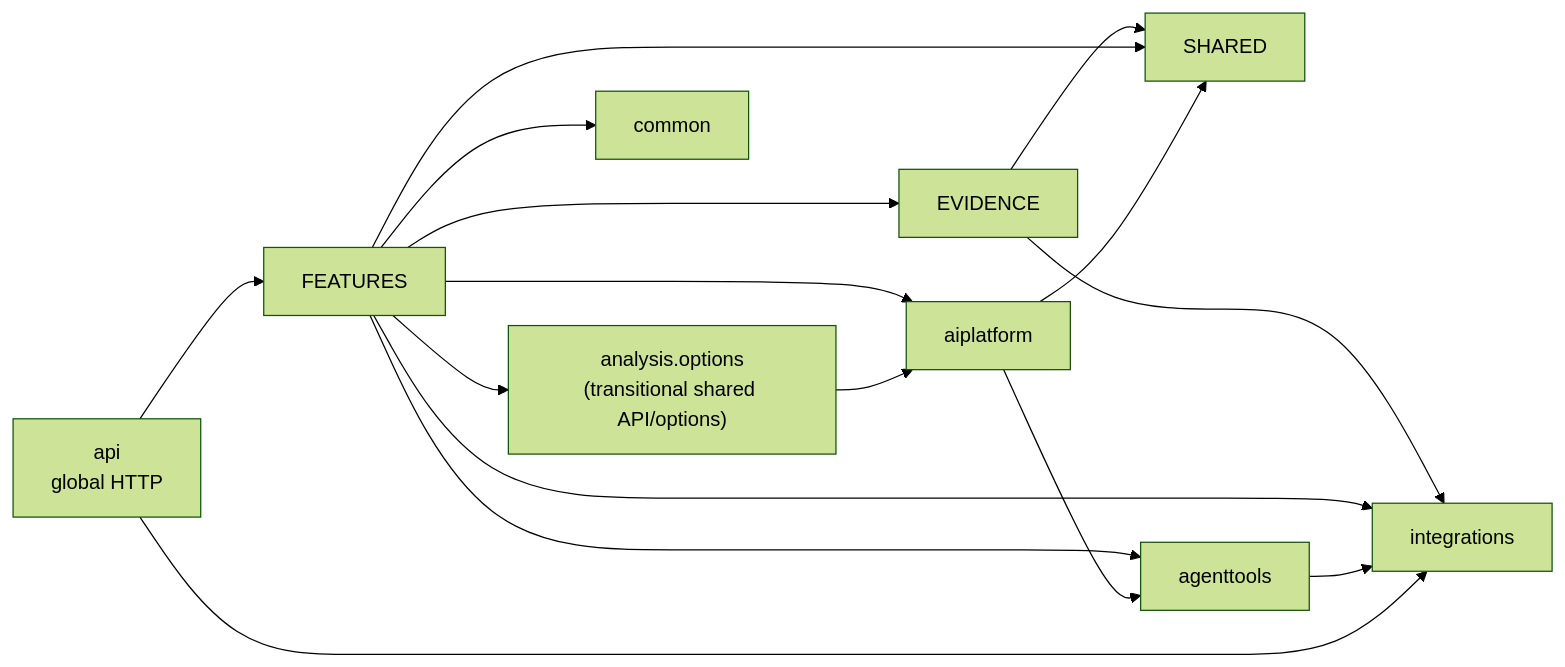
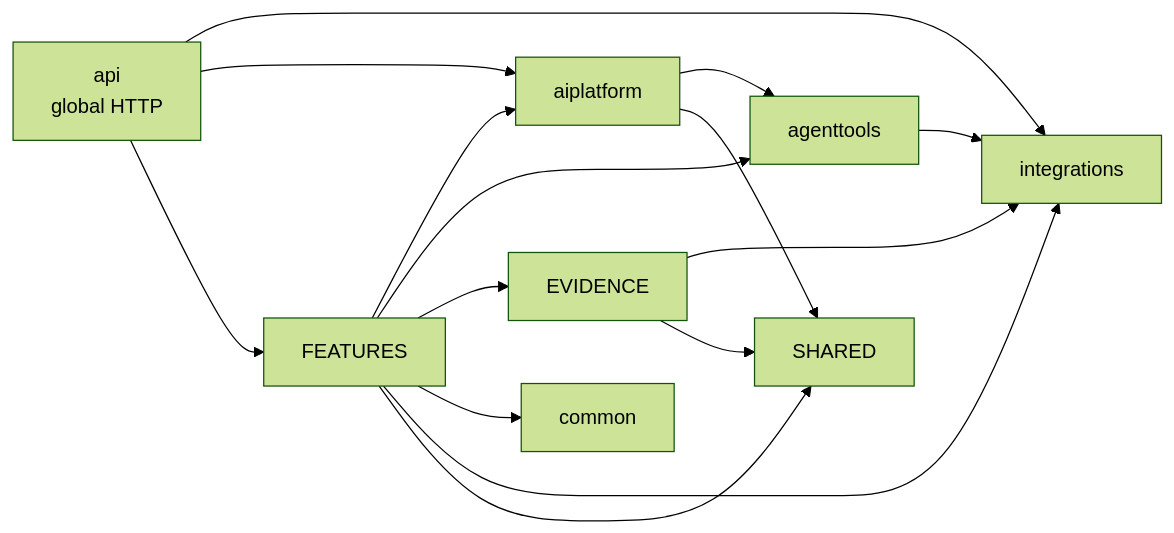
One commit to herald-assistant/incident-tracker changed the second of 2 diagrams in docs/architecture/05-package-dependencies.md. Above: the diagram before and after it, drawn with Mermaid (forest theme). The commit also changed other lines of this file and 35 other files, not shown here.

Commit message:
Split shared AI options API

````diff
--- a/docs/architecture/05-package-dependencies.md
+++ b/docs/architecture/05-package-dependencies.md
@@ -150,23 +150,21 @@
 ```mermaid
 flowchart LR
     EVIDENCE --> INTEGRATIONS["integrations"]
     EVIDENCE --> SHARED
 
     FEATURES --> AIPLATFORM["aiplatform"]
     FEATURES --> AGENTTOOLS["agenttools"]
     FEATURES --> EVIDENCE
-    FEATURES --> OPTIONS["analysis.options\n(transitional shared API/options)"]
     FEATURES --> COMMON["common"]
     FEATURES --> INTEGRATIONS
     FEATURES --> SHARED
-
-    OPTIONS --> AIPLATFORM["aiplatform"]
 
     AIPLATFORM --> AGENTTOOLS
     AIPLATFORM --> SHARED
 
     AGENTTOOLS --> INTEGRATIONS
 
     API["api\nglobal HTTP"] --> INTEGRATIONS
+    API --> AIPLATFORM
     API --> FEATURES
 ```
````
